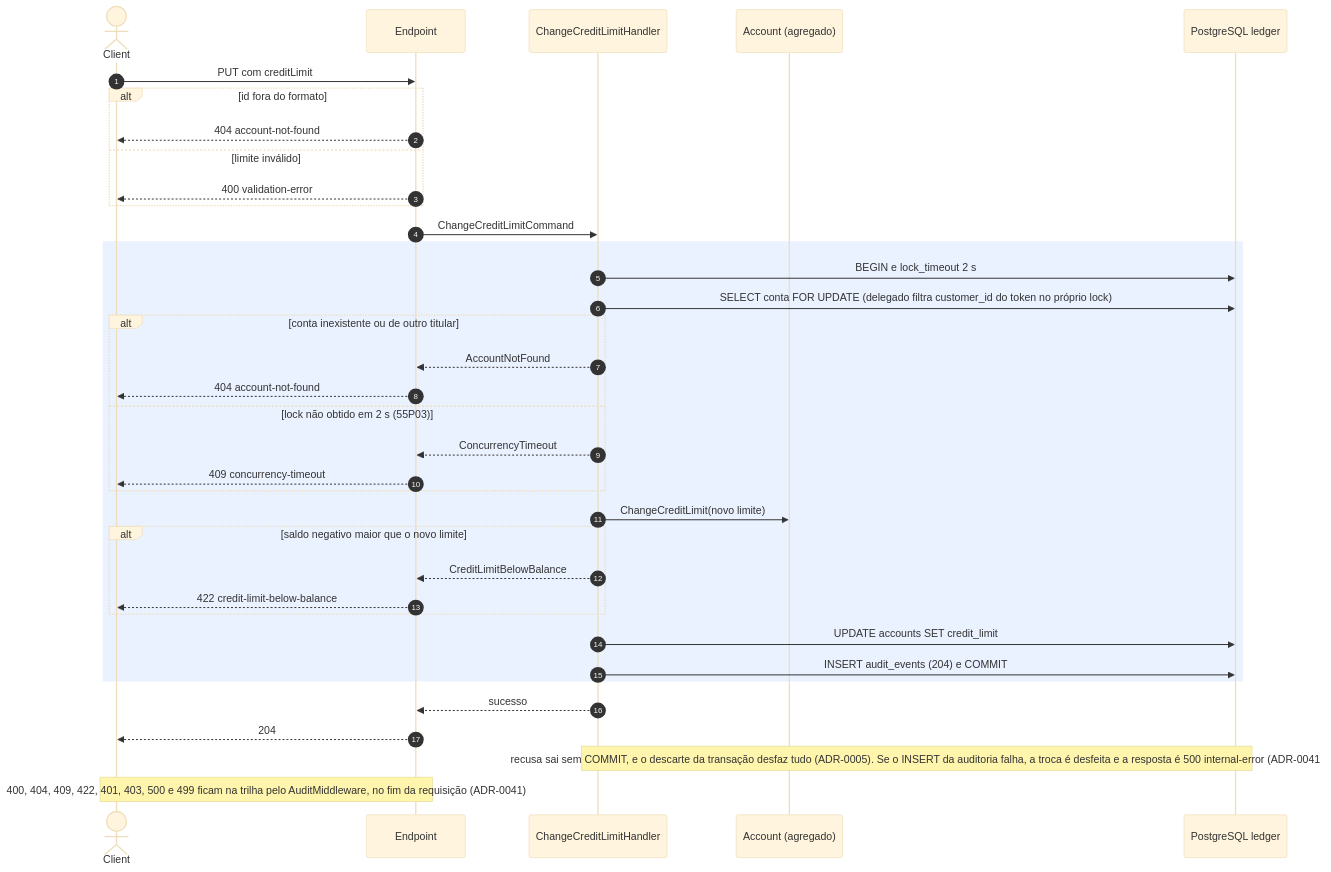
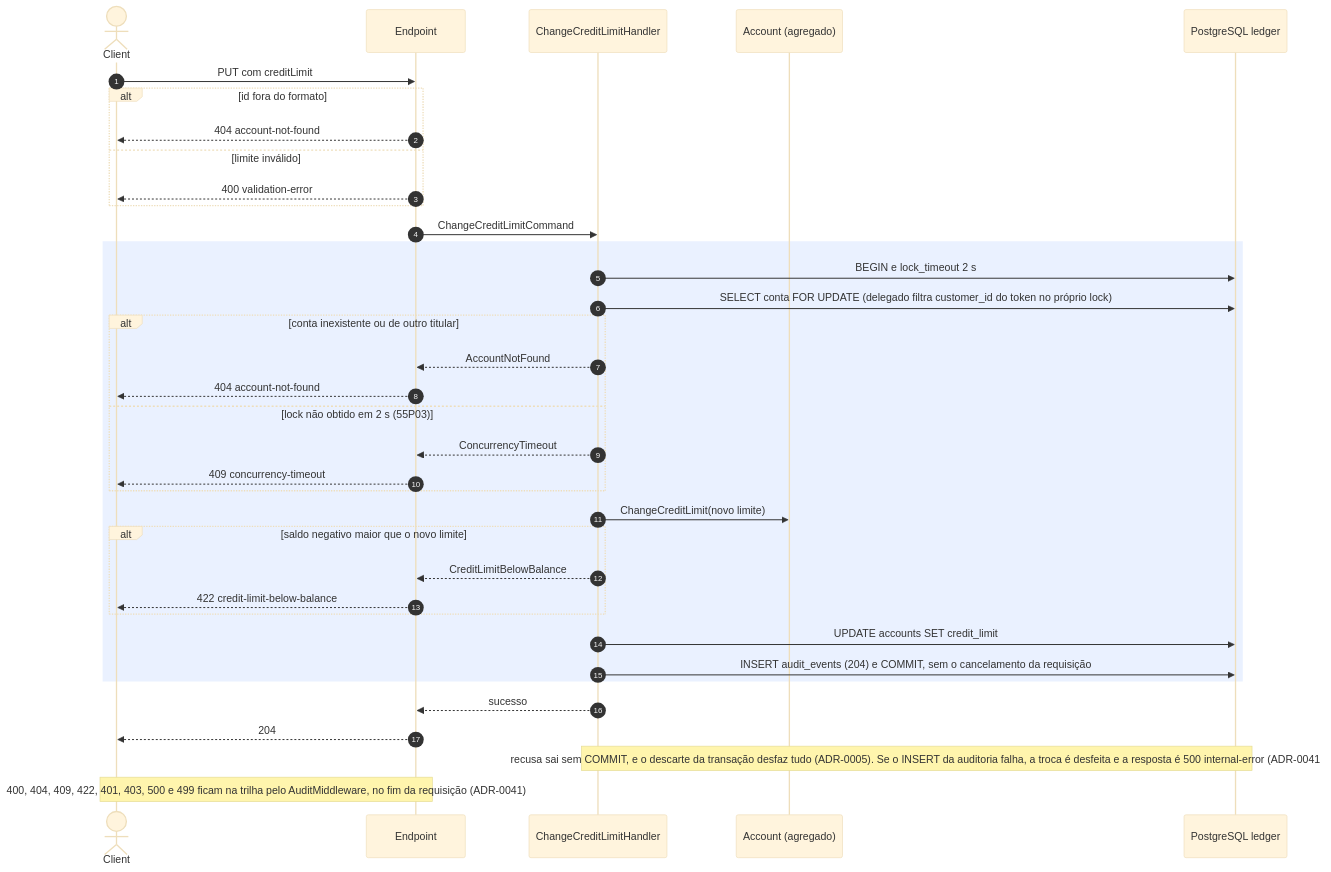
One commit to arthuurw/desafio-arquiteto-keyrus changed the fourth of 8 diagrams in docs/arquitetura/fluxos-ledger.md. Above: the diagram before and after it, drawn with Mermaid (base theme). The commit also changed 22 other files, not shown here.

````diff
--- a/docs/arquitetura/fluxos-ledger.md
+++ b/docs/arquitetura/fluxos-ledger.md
@@ -172,39 +172,39 @@
 ```mermaid
 sequenceDiagram
   autonumber
   actor C as Client
   participant E as Endpoint
   participant H as ChangeCreditLimitHandler
   participant A as Account (agregado)
   participant DB as PostgreSQL ledger
 
   C->>E: PUT com creditLimit
   alt id fora do formato
     E-->>C: 404 account-not-found
   else limite inválido
     E-->>C: 400 validation-error
   end
   E->>H: ChangeCreditLimitCommand
   rect rgba(80, 140, 255, 0.12)
     H->>DB: BEGIN e lock_timeout 2 s
     H->>DB: SELECT conta FOR UPDATE (delegado filtra customer_id do token no próprio lock)
     alt conta inexistente ou de outro titular
       H-->>E: AccountNotFound
       E-->>C: 404 account-not-found
     else lock não obtido em 2 s (55P03)
       H-->>E: ConcurrencyTimeout
       E-->>C: 409 concurrency-timeout
     end
     H->>A: ChangeCreditLimit(novo limite)
     alt saldo negativo maior que o novo limite
       H-->>E: CreditLimitBelowBalance
       E-->>C: 422 credit-limit-below-balance
     end
     H->>DB: UPDATE accounts SET credit_limit
-    H->>DB: INSERT audit_events (204) e COMMIT
+    H->>DB: INSERT audit_events (204) e COMMIT, sem o cancelamento da requisição
   end
   H-->>E: sucesso
   E-->>C: 204
   Note over H,DB: recusa sai sem COMMIT, e o descarte da transação desfaz tudo (ADR-0005). Se o INSERT da auditoria falha, a troca é desfeita e a resposta é 500 internal-error (ADR-0041)
   Note over C,E: 400, 404, 409, 422, 401, 403, 500 e 499 ficam na trilha pelo AuditMiddleware, no fim da requisição (ADR-0041)
 ```
````
